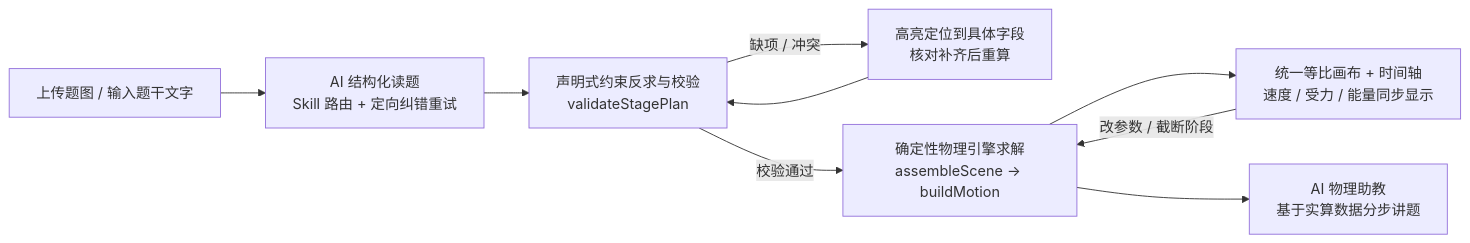
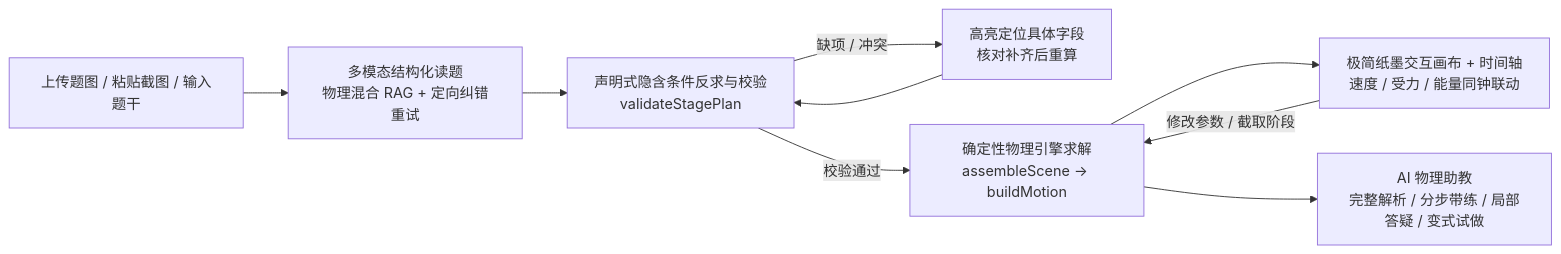
Before and after one commit to Zhri1/VisualLab: the diagram in README.md, drawn with Mermaid. The commit also changed other lines of this file, not shown here.

Commit message:
docs(readme): refresh project overview, architecture, and features without team breakdown

````diff
--- a/README.md
+++ b/README.md
@@ -13,11 +13,11 @@
 ```mermaid
 flowchart LR
-    A["上传题图 / 输入题干文字"] --> B["AI 结构化读题<br/>Skill 路由 + 定向纠错重试"]
-    B --> C["声明式约束反求与校验<br/>validateStagePlan"]
-    C -->|缺项 / 冲突| D["高亮定位到具体字段<br/>核对补齐后重算"]
+    A["上传题图 / 粘贴截图 / 输入题干"] --> B["多模态结构化读题<br/>物理混合 RAG + 定向纠错重试"]
+    B --> C["声明式隐含条件反求与校验<br/>validateStagePlan"]
+    C -->|缺项 / 冲突| D["高亮定位具体字段<br/>核对补齐后重算"]
     D --> C
     C -->|校验通过| E["确定性物理引擎求解<br/>assembleScene → buildMotion"]
-    E --> F["统一等比画布 + 时间轴<br/>速度 / 受力 / 能量同步显示"]
-    E --> G["AI 物理助教<br/>基于实算数据分步讲题"]
-    F -->|改参数 / 截断阶段| E
+    E --> F["极简纸墨交互画布 + 时间轴<br/>速度 / 受力 / 能量同钟联动"]
+    E --> G["AI 物理助教<br/>完整解析 / 分步带练 / 局部答疑 / 变式试做"]
+    F -->|修改参数 / 截取阶段| E
 ```
````
